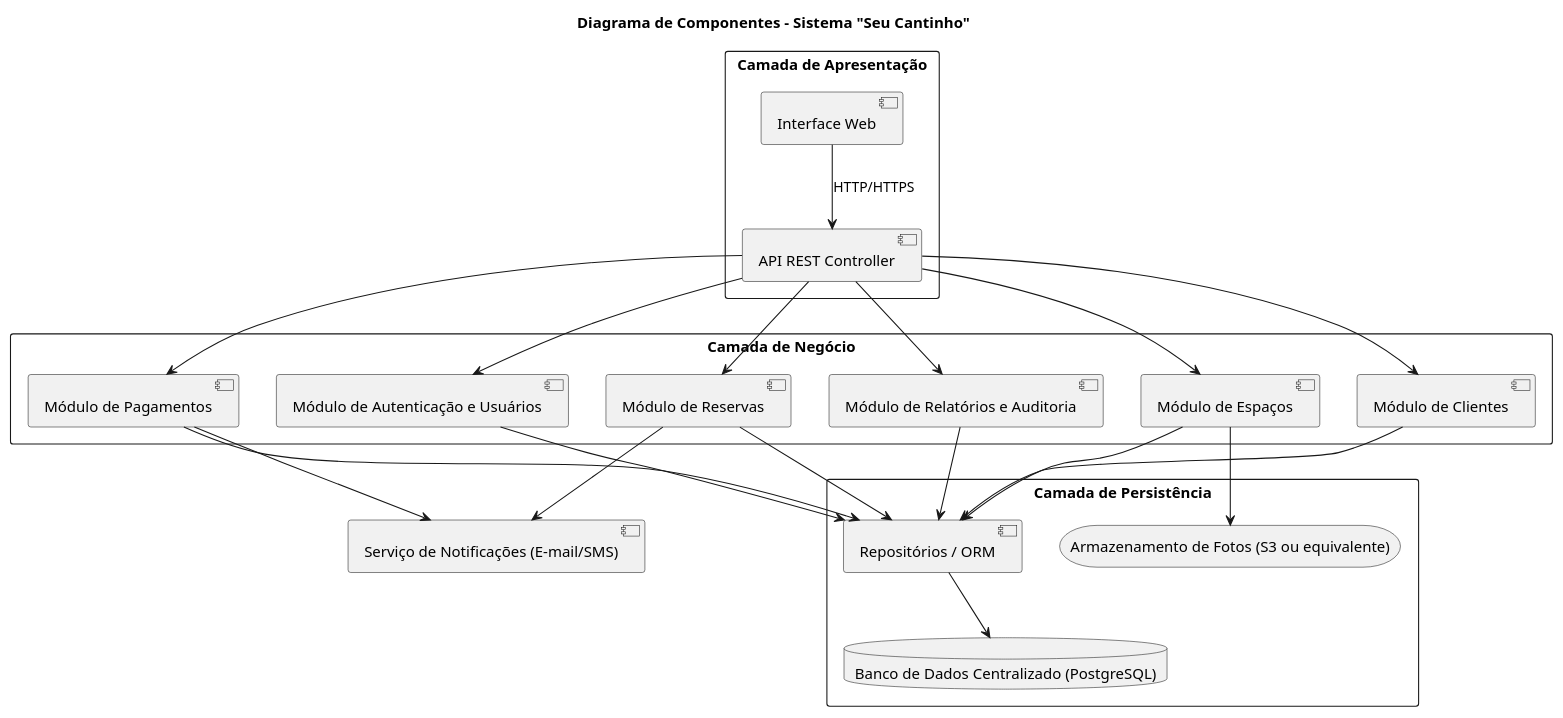
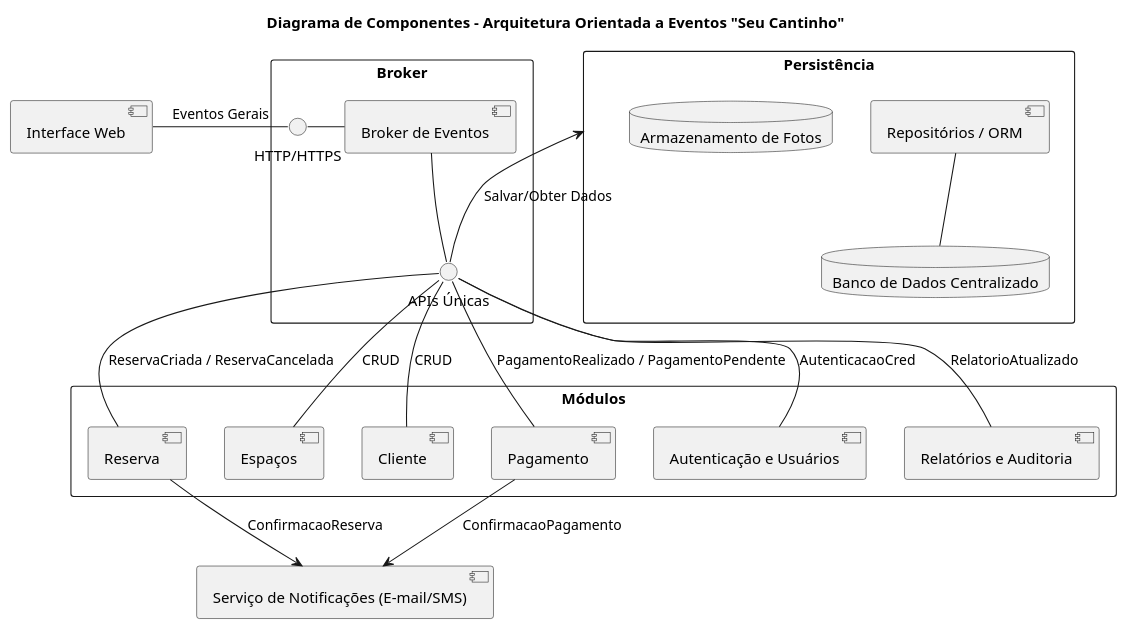
Before and after one commit to CaioSguario/Design-de-Software-Seu-Cantinho: the diagram in UML/Diagrama_Componentes.plantuml, drawn with PlantUML.

```diff
--- a/UML/Diagrama_Componentes.plantuml
+++ b/UML/Diagrama_Componentes.plantuml
@@ -1,50 +1,48 @@
 @startuml
-title Diagrama de Componentes - Sistema "Seu Cantinho"
+title Diagrama de Componentes - Arquitetura Orientada a Eventos "Seu Cantinho"
 
-rectangle "Camada de Apresentação" {
-    component "Interface Web" as WebUI
-    component "API REST Controller" as API
+rectangle "Broker" {
+    Interface "HTTP/HTTPS" as HTTP
+    Interface "APIs Únicas" as API
+    
+    component "Broker de Eventos" as Broker_
+}
+component "Interface Web" as WebUI
+
+rectangle "Módulos" {
+component "Reserva" as Reservas
+component "Espaços" as Espacos
+component "Cliente" as Clientes
+component "Pagamento" as Pagamentos
+component "Autenticação e Usuários" as Auth
+component "Relatórios e Auditoria" as Relatorios
 }
 
-rectangle "Camada de Negócio" {
-    component "Módulo de Reservas" as Reservas
-    component "Módulo de Espaços" as Espacos
-    component "Módulo de Clientes" as Clientes
-    component "Módulo de Pagamentos" as Pagamentos
-    component "Módulo de Autenticação e Usuários" as Auth
-    component "Módulo de Relatórios e Auditoria" as Relatorios
+rectangle "Persistência" {
+    component "Repositórios / ORM" as ORM
+    database "Banco de Dados Centralizado" as DB
+    database "Armazenamento de Fotos" as Storage
 }
 
-rectangle "Camada de Persistência" {
-    component "Repositórios / ORM" as ORM
-    database "Banco de Dados Centralizado (PostgreSQL)" as DB
-    storage "Armazenamento de Fotos (S3 ou equivalente)" as Storage
-}
+' Comunicações de Aplicação
+WebUI -r- HTTP : Eventos Gerais
+HTTP -r- Broker_
+API -u- Broker_
 
-' Conexões entre as camadas
-WebUI --> API : HTTP/HTTPS
-API --> Reservas
-API --> Espacos
-API --> Clientes
-API --> Pagamentos
-API --> Auth
-API --> Relatorios
+' Módulos publicando eventos
+Auth -u- API : AutenticacaoCred
+Clientes -u- API : CRUD
+Espacos -u- API : CRUD
+Reservas -u- API : ReservaCriada / ReservaCancelada
+Pagamentos -u- API : PagamentoRealizado / PagamentoPendente
+Relatorios -u- API : RelatorioAtualizado
 
-' Dependências de negócio
-Reservas --> ORM
-Espacos --> ORM
-Clientes --> ORM
-Pagamentos --> ORM
-Auth --> ORM
-Relatorios --> ORM
+' Persistência
+ORM -d- DB
+API -up-> Persistência : Salvar/Obter Dados
 
-' Banco de dados e storage
-ORM --> DB
-Espacos --> Storage
-
-' Serviços externos opcionais
+' Serviços externos
 component "Serviço de Notificações (E-mail/SMS)" as Notificacoes
-Pagamentos --> Notificacoes
-Reservas --> Notificacoes
-
+Pagamentos -d-> Notificacoes : ConfirmacaoPagamento
+Reservas -d-> Notificacoes : ConfirmacaoReserva
 @enduml
```
